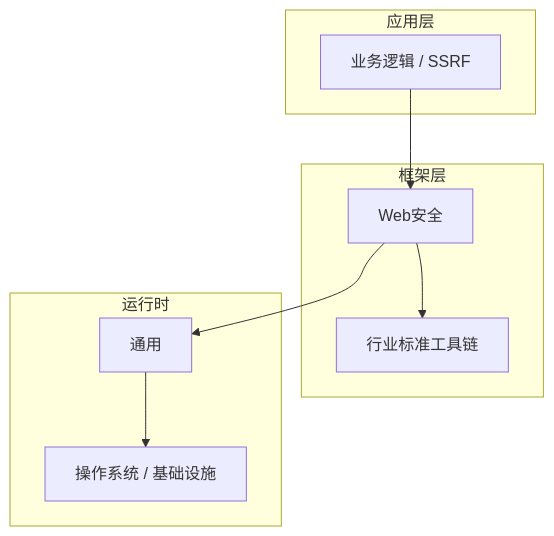
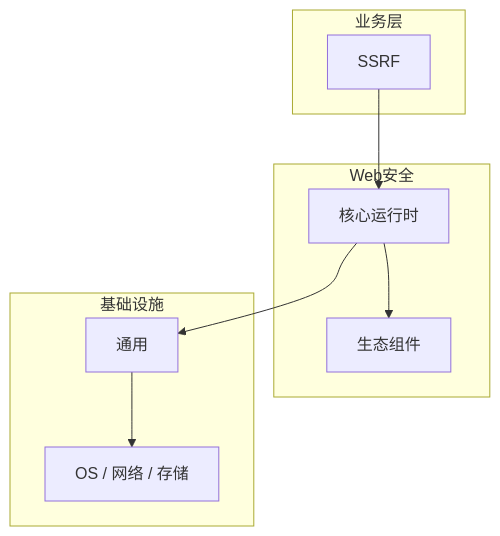
The diagram in articles/Web安全/chapters/043-SSRF核心概念与原理.md (yanggan2015/knowledge-json-v2), drawn with Mermaid before and after one commit. The commit also changed other lines of this file and 10127 other files, not shown here.

````diff
--- a/articles/Web安全/chapters/043-SSRF核心概念与原理.md
+++ b/articles/Web安全/chapters/043-SSRF核心概念与原理.md
@@ -46,18 +31,18 @@
 ```mermaid
 graph TB
-    subgraph 应用层
-        A[业务逻辑 / SSRF]
+    subgraph 业务层
+        A[SSRF]
     end
-    subgraph 框架层
-        B[Web安全]
-        C[行业标准工具链]
+    subgraph Web安全
+        B[核心运行时]
+        C[生态组件]
     end
-    subgraph 运行时
+    subgraph 基础设施
         D[通用]
-        E[操作系统 / 基础设施]
+        E[OS / 网络 / 存储]
     end
     A --> B
     B --> C
     B --> D
     D --> E
 ```
````
